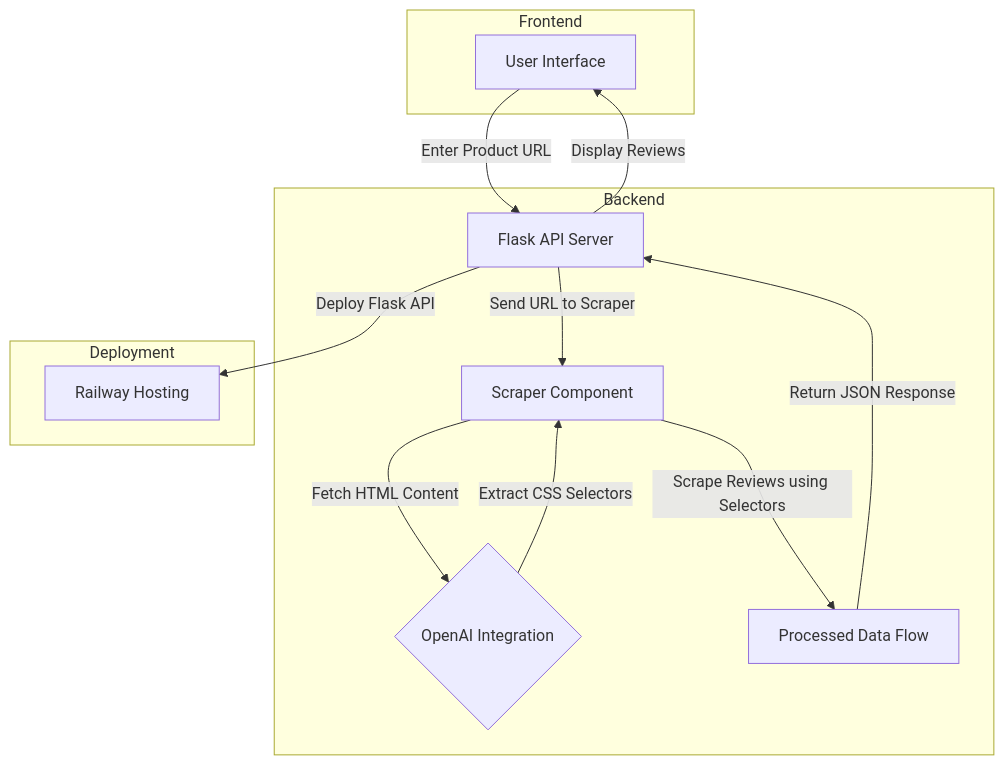
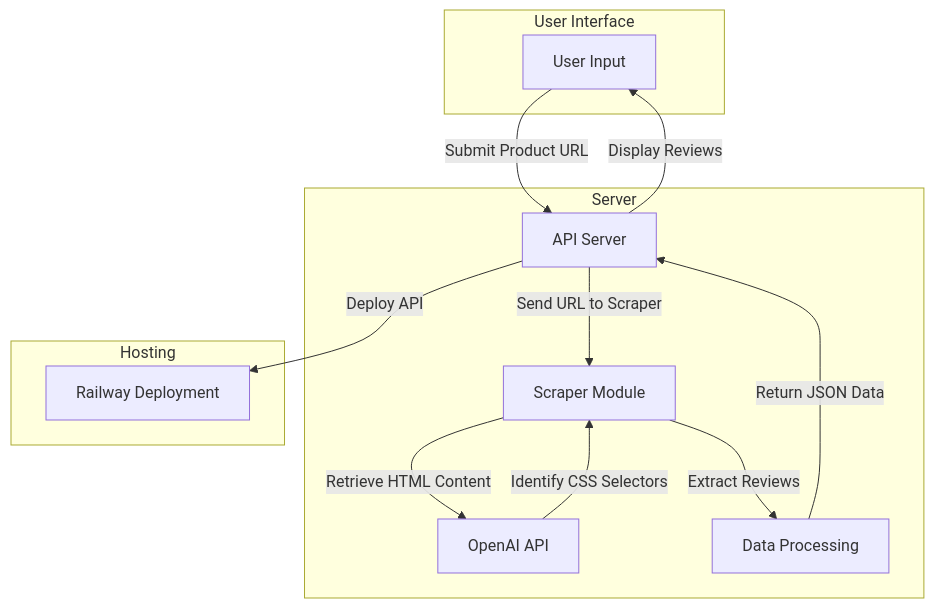
The diagram in README.md (tvishaprasad/gomarble), drawn with Mermaid before and after one commit. The commit also changed other lines of this file, not shown here.

````diff
--- a/README.md
+++ b/README.md
@@ -11,27 +11,27 @@
 ```mermaid
 graph TD;
-    A[User Interface] -->|Enter Product URL| B[Flask API Server];
-    B -->|Send URL to Scraper| C[Scraper Component];
-    C -->|Fetch HTML Content| D{OpenAI Integration};
-    D -->|Extract CSS Selectors| C;
-    C -->|Scrape Reviews using Selectors| E[Processed Data Flow];
-    E -->|Return JSON Response| B;
+    A[User Input] -->|Submit Product URL| B[API Server];
+    B -->|Send URL to Scraper| C[Scraper Module];
+    C -->|Retrieve HTML Content| D[OpenAI API];
+    D -->|Identify CSS Selectors| C;
+    C -->|Extract Reviews| E[Data Processing];
+    E -->|Return JSON Data| B;
     B -->|Display Reviews| A;
 
-    subgraph Frontend
+    subgraph User Interface
         A;
     end
 
-    subgraph Backend
+    subgraph Server
         B;
         C;
         D;
         E;
     end
 
-    subgraph Deployment
-        F[Railway Hosting];
+    subgraph Hosting
+        F[Railway Deployment];
     end
 
-    B -->|Deploy Flask API| F;
+    B -->|Deploy API| F;
 ```
````
